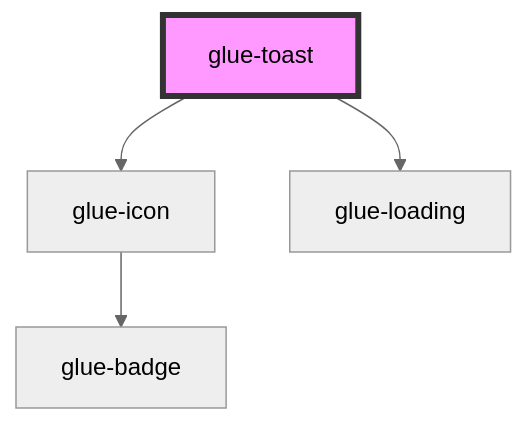
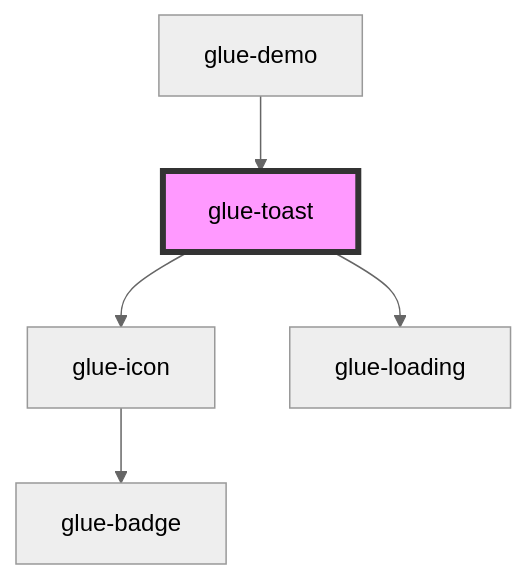
One commit to grasilife/glue changed the diagram in packages/glue-components/src/components/glue-toast/readme.md. Above: the diagram before and after it, drawn with Mermaid (neutral theme). The commit also changed other lines of this file and 21 other files, not shown here.

````diff
--- a/packages/glue-components/src/components/glue-toast/readme.md
+++ b/packages/glue-components/src/components/glue-toast/readme.md
@@ -45,7 +53,8 @@
 ```mermaid
 graph TD;
   glue-toast --> glue-icon
   glue-toast --> glue-loading
   glue-icon --> glue-badge
+  glue-demo --> glue-toast
   style glue-toast fill:#f9f,stroke:#333,stroke-width:4px
 ```
````
